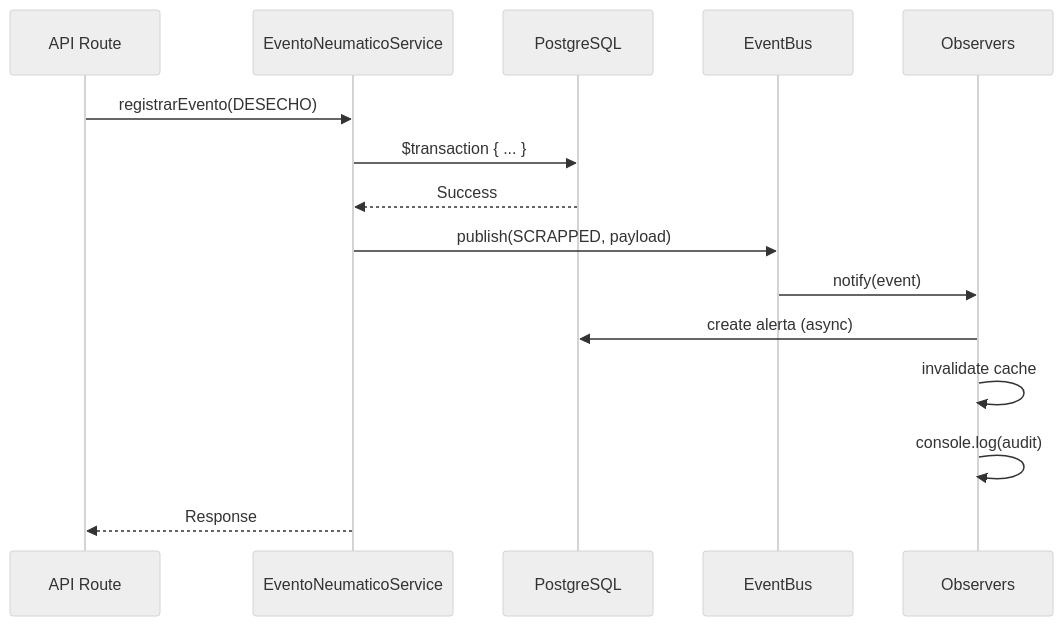
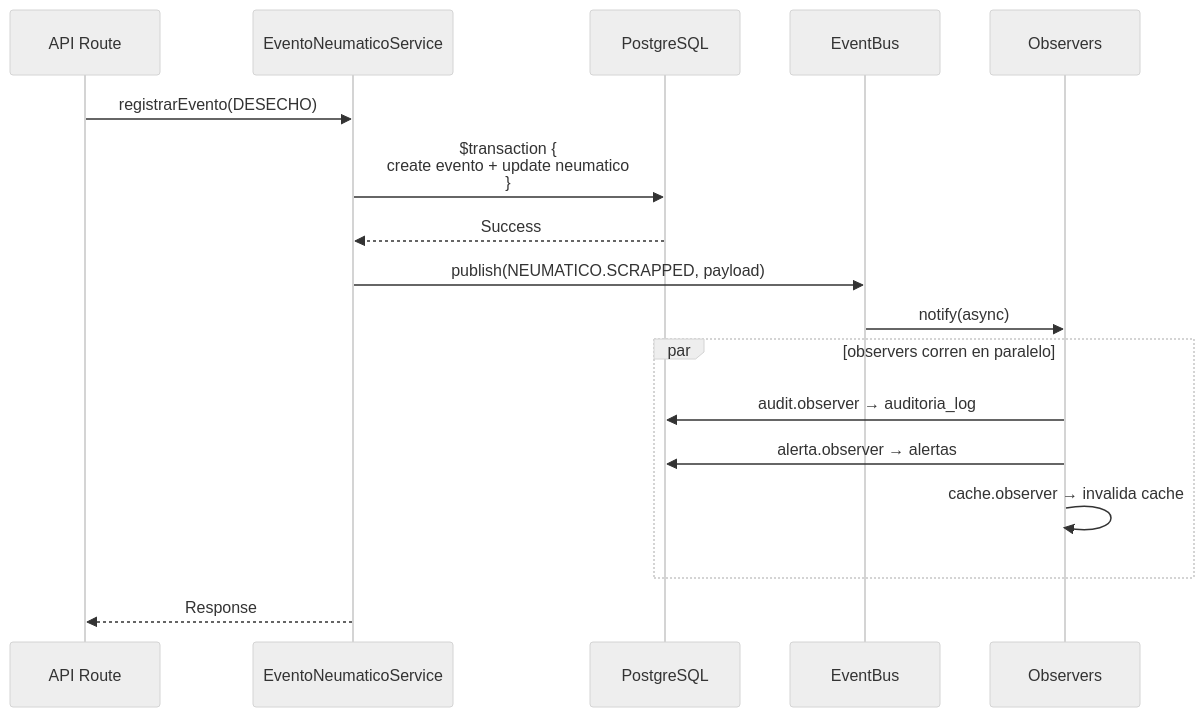
One commit to Mikisbell/gesneu_api changed the second of 2 diagrams in docs/01_ARQUITECTURA.md. Above: the diagram before and after it, drawn with Mermaid (neutral theme). The commit also changed other lines of this file, not shown here.

````diff
--- a/docs/01_ARQUITECTURA.md
+++ b/docs/01_ARQUITECTURA.md
@@ -244,18 +442,20 @@
 ```mermaid
 sequenceDiagram
     participant API as API Route
     participant Svc as EventoNeumaticoService
     participant DB as PostgreSQL
     participant Bus as EventBus
     participant Obs as Observers
 
     API->>Svc: registrarEvento(DESECHO)
-    Svc->>DB: $transaction { ... }
+    Svc->>DB: $transaction {<br/>create evento + update neumatico<br/>}
     DB-->>Svc: Success
-    Svc->>Bus: publish(SCRAPPED, payload)
-    Bus->>Obs: notify(event)
-    Obs->>DB: create alerta (async)
-    Obs->>Obs: invalidate cache
-    Obs->>Obs: console.log(audit)
+    Svc->>Bus: publish(NEUMATICO.SCRAPPED, payload)
+    Bus->>Obs: notify(async)
+    par observers corren en paralelo
+        Obs->>DB: audit.observer → auditoria_log
+        Obs->>DB: alerta.observer → alertas
+        Obs->>Obs: cache.observer → invalida cache
+    end
     Svc-->>API: Response
 ```
````
